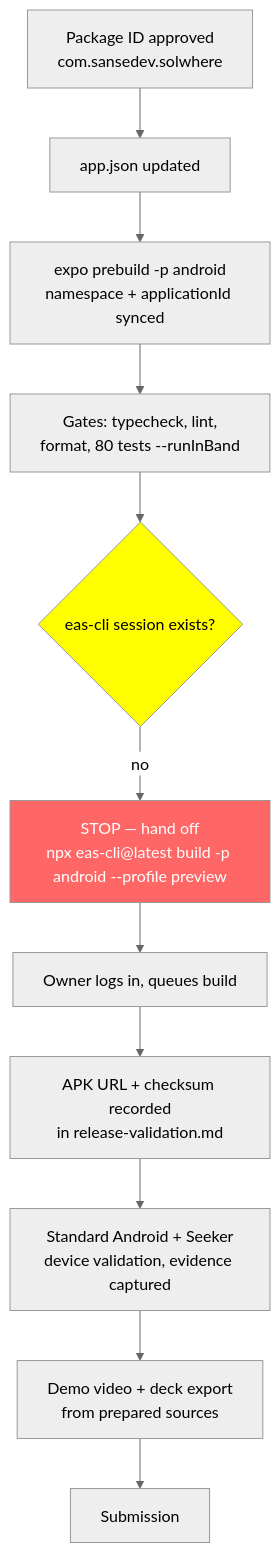
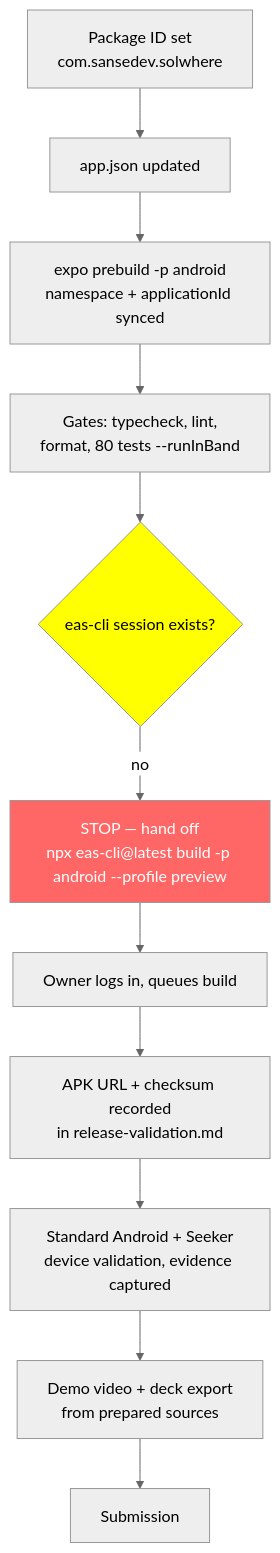
One commit to SanseDev/solana-events changed the diagram in docs/specs/20261008-release-submission.md. Above: the diagram before and after it, drawn with Mermaid (neutral theme). The commit also changed other lines of this file and 5 other files, not shown here.

````diff
--- a/docs/specs/20261008-release-submission.md
+++ b/docs/specs/20261008-release-submission.md
@@ -28,15 +28,15 @@
 ```mermaid
 flowchart TD
-    A[Package ID approved<br/>com.sansedev.solwhere] --> B[app.json updated]
+    A[Package ID set<br/>com.sansedev.solwhere] --> B[app.json updated]
     B --> C[expo prebuild -p android<br/>namespace + applicationId synced]
     C --> D[Gates: typecheck, lint,<br/>format, 80 tests --runInBand]
     D --> E{eas-cli session exists?}
     E -- no --> F[STOP — hand off<br/>npx eas-cli@latest build -p android --profile preview]
     F --> G[Owner logs in, queues build]
     G --> H[APK URL + checksum recorded<br/>in release-validation.md]
     H --> I[Standard Android + Seeker<br/>device validation, evidence captured]
     I --> J[Demo video + deck export<br/>from prepared sources]
     J --> K[Submission]
     style F fill:#f66,color:#fff
     style E fill:#ff0
 ```
````
